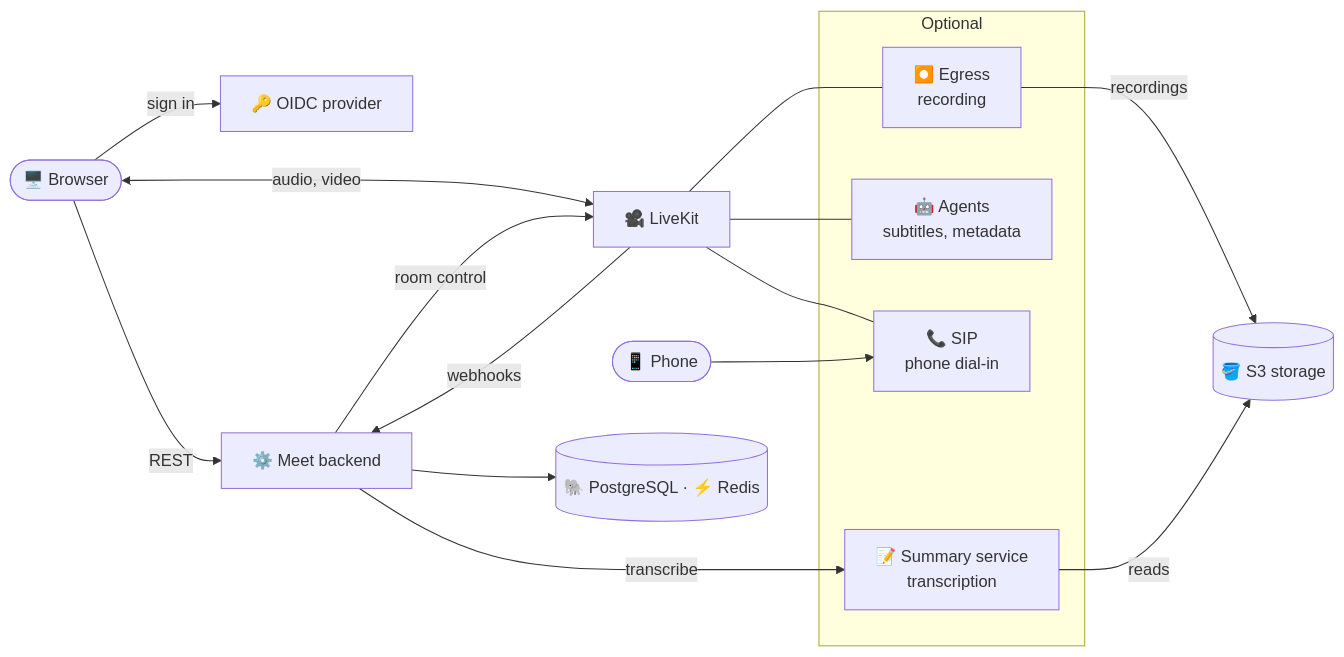
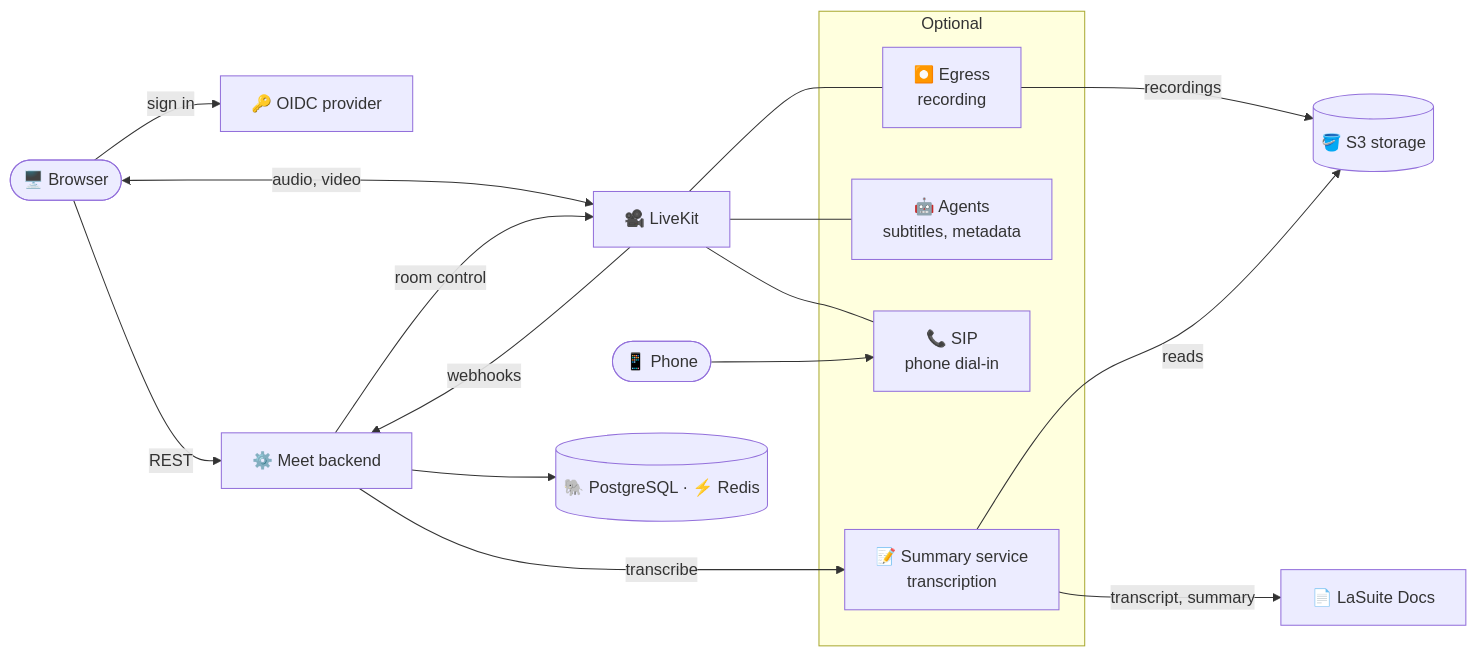
The first of 4 diagrams in docs/overview/how-meet-works.md (suitenumerique/meet), drawn with Mermaid before and after one commit. The commit also changed other lines of this file and 51 other files, not shown here.

````diff
--- a/docs/overview/how-meet-works.md
+++ b/docs/overview/how-meet-works.md
@@ -11,29 +7,31 @@
 ```mermaid
 graph LR
     Browser(["🖥️ Browser"])
     Phone(["📱 Phone"])
     OIDC["🔑 OIDC provider"]
     Backend["⚙️ Meet backend"]
     LiveKit["🎥 LiveKit"]
     Stores[("🐘 PostgreSQL · ⚡ Redis")]
     S3[("🪣 S3 storage")]
+    Docs["📄 LaSuite Docs"]
 
     subgraph optional["Optional"]
         Egress["⏺️ Egress\nrecording"]
         Agents["🤖 Agents\nsubtitles, metadata"]
         SIP["📞 SIP\nphone dial-in"]
         Summary["📝 Summary service\ntranscription"]
     end
 
     Browser -->|sign in| OIDC
     Browser -->|REST| Backend
     Browser <-->|audio, video| LiveKit
     Backend --> Stores
     Backend -->|room control| LiveKit
     LiveKit -->|webhooks| Backend
     LiveKit --- Egress & Agents & SIP
     Phone --> SIP
     Egress -->|recordings| S3
     Backend -->|transcribe| Summary
     Summary -->|reads| S3
+    Summary -->|transcript, summary| Docs
 ```
````
